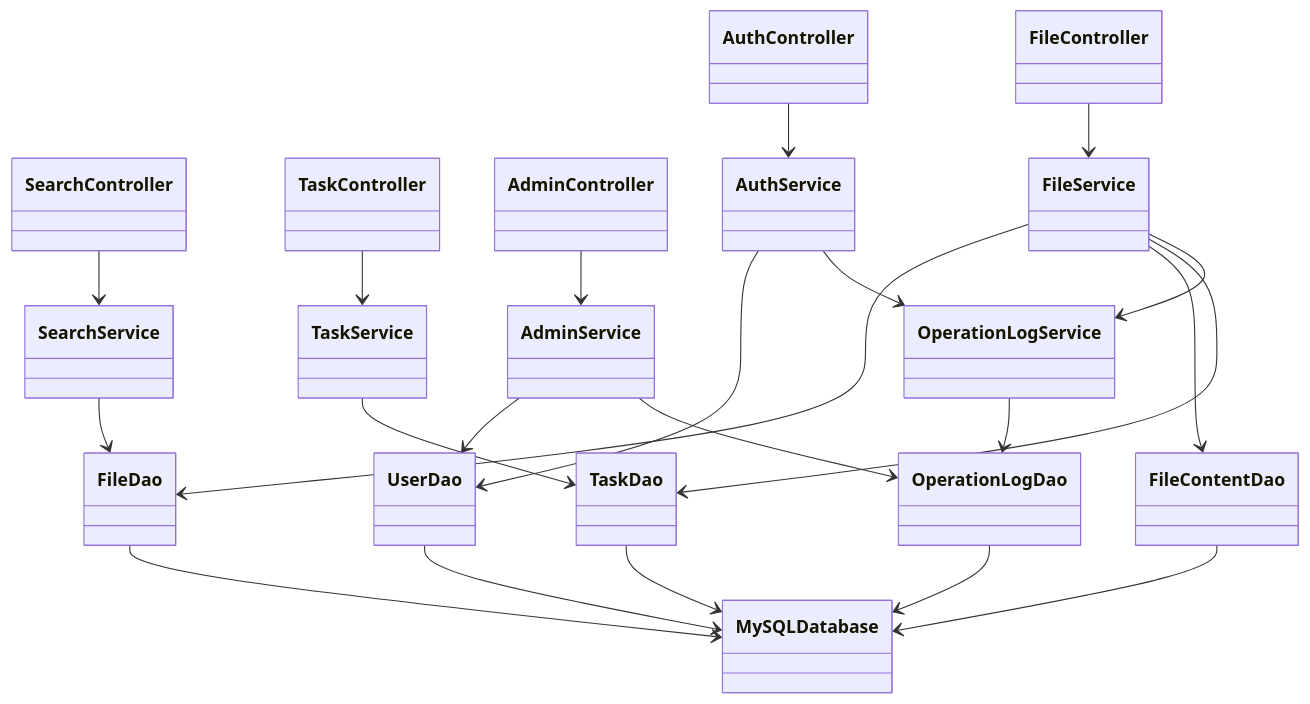
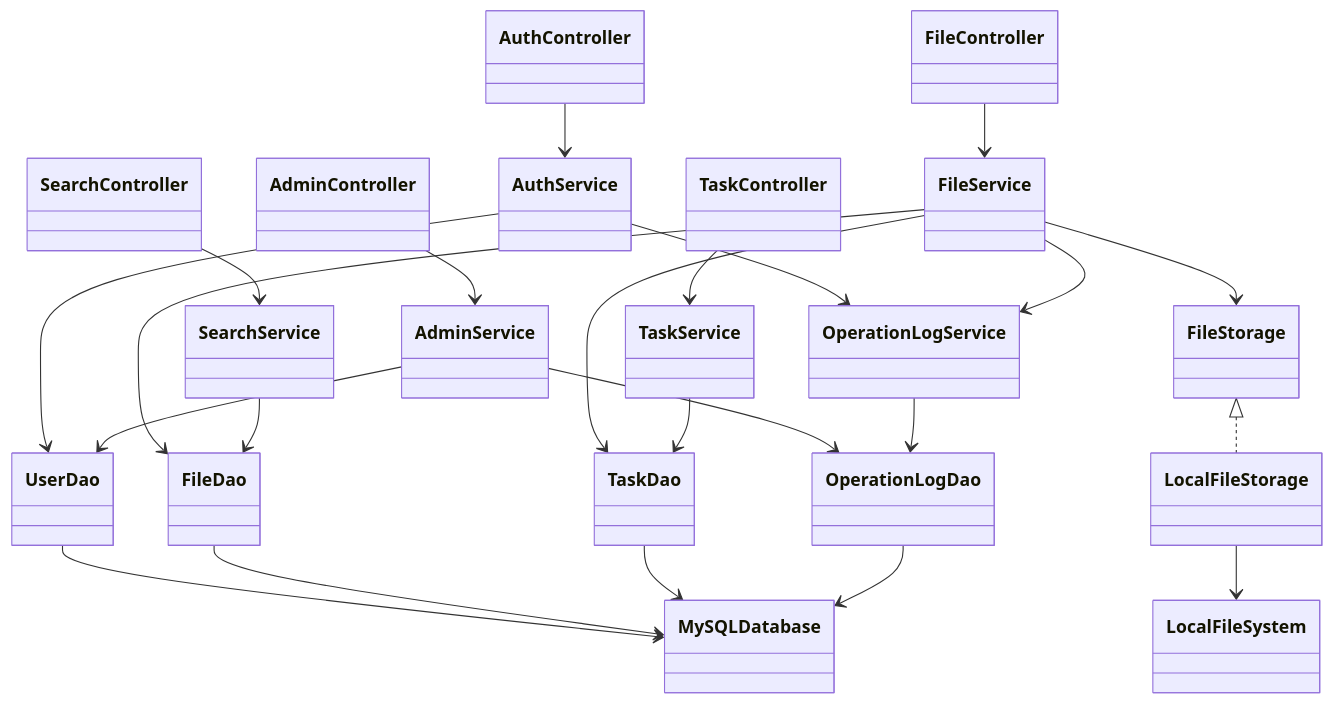
The second of 35 diagrams in 详细设计-流程图与类图.md (CNGM222/mycloud), drawn with Mermaid before and after one commit. The commit also changed other lines of this file and 56 other files, not shown here.

````diff
--- a/详细设计-流程图与类图.md
+++ b/详细设计-流程图与类图.md
@@ -35,47 +38,50 @@
 ```mermaid
 classDiagram
     class AuthController
     class FileController
     class SearchController
     class TaskController
     class AdminController
 
     class AuthService
     class FileService
     class SearchService
     class TaskService
     class AdminService
     class OperationLogService
 
     class UserDao
     class FileDao
-    class FileContentDao
     class TaskDao
     class OperationLogDao
+    class FileStorage
+    class LocalFileStorage
 
     class MySQLDatabase
+    class LocalFileSystem
 
     AuthController --> AuthService
     FileController --> FileService
     SearchController --> SearchService
     TaskController --> TaskService
     AdminController --> AdminService
 
     AuthService --> UserDao
     AuthService --> OperationLogService
     FileService --> FileDao
-    FileService --> FileContentDao
+    FileService --> FileStorage
     FileService --> TaskDao
     FileService --> OperationLogService
     SearchService --> FileDao
     TaskService --> TaskDao
     AdminService --> UserDao
     AdminService --> OperationLogDao
     OperationLogService --> OperationLogDao
 
     UserDao --> MySQLDatabase
     FileDao --> MySQLDatabase
-    FileContentDao --> MySQLDatabase
     TaskDao --> MySQLDatabase
     OperationLogDao --> MySQLDatabase
+    FileStorage <|.. LocalFileStorage
+    LocalFileStorage --> LocalFileSystem
 ```
````
